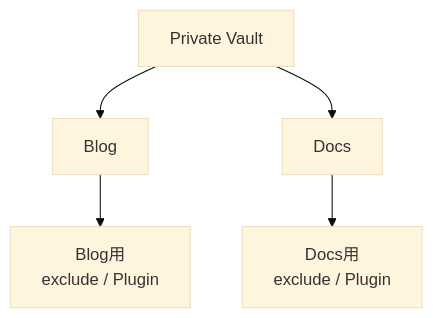
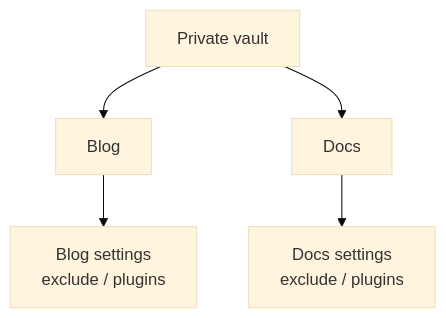
One commit to Rerurate514/riebeckite changed the fourth of 13 diagrams in docs/docs/guides/deployment/separate-content-repository.md. Above: the diagram before and after it, drawn with Mermaid (base theme). The commit also changed other lines of this file and 604 other files, not shown here.

````diff
--- a/docs/docs/guides/deployment/separate-content-repository.md
+++ b/docs/docs/guides/deployment/separate-content-repository.md
@@ -345,10 +174,10 @@
-```mermaid id="mypsn6"
+```mermaid
 flowchart TD
-    Vault["Private Vault"]
+    Vault["Private vault"]
 
     Vault --> Blog["Blog"]
     Vault --> Docs["Docs"]
 
-    Blog --> BlogRules["Blog用<br/>exclude / Plugin"]
-    Docs --> DocsRules["Docs用<br/>exclude / Plugin"]
+    Blog --> BlogRules["Blog settings<br/>exclude / plugins"]
+    Docs --> DocsRules["Docs settings<br/>exclude / plugins"]
 ```
````
